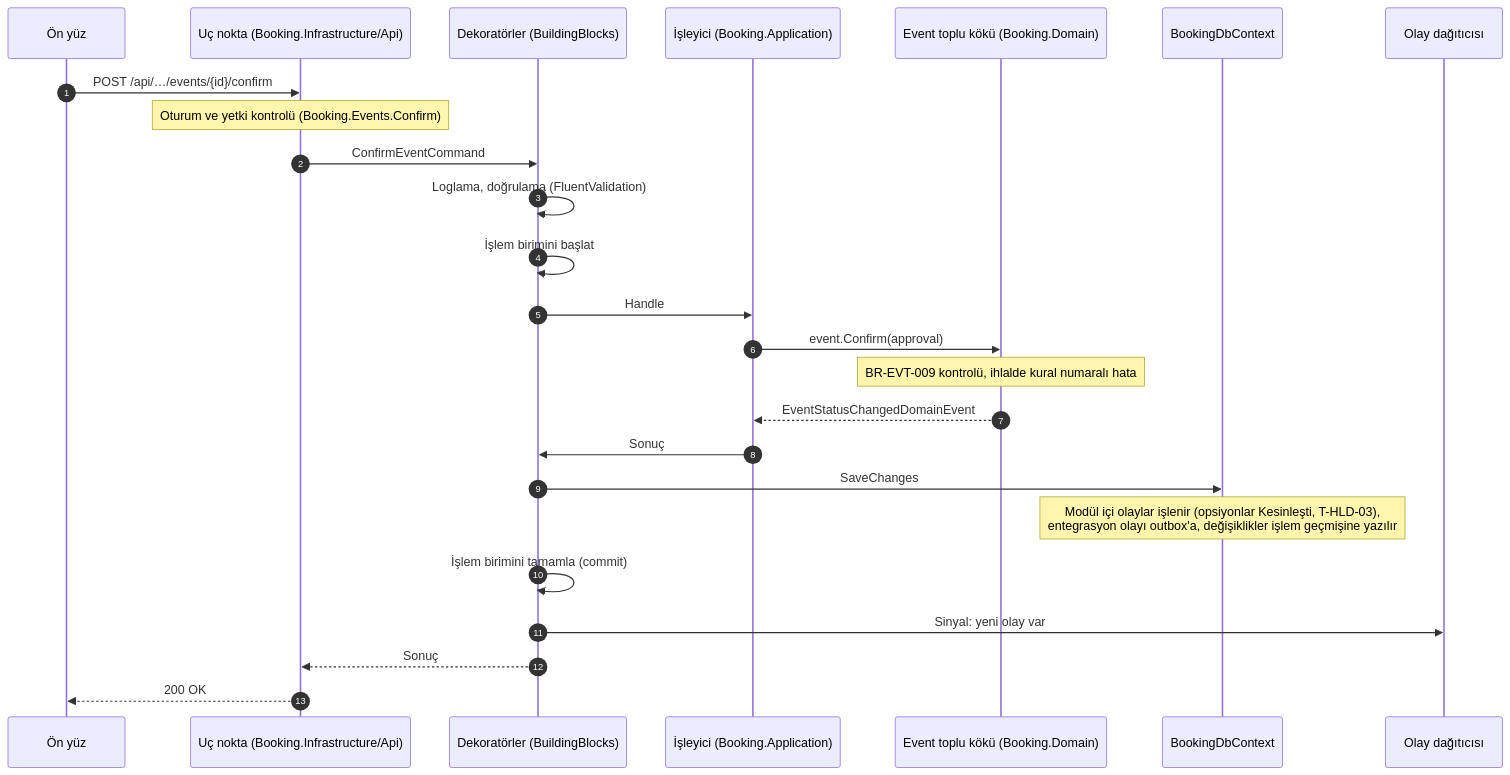
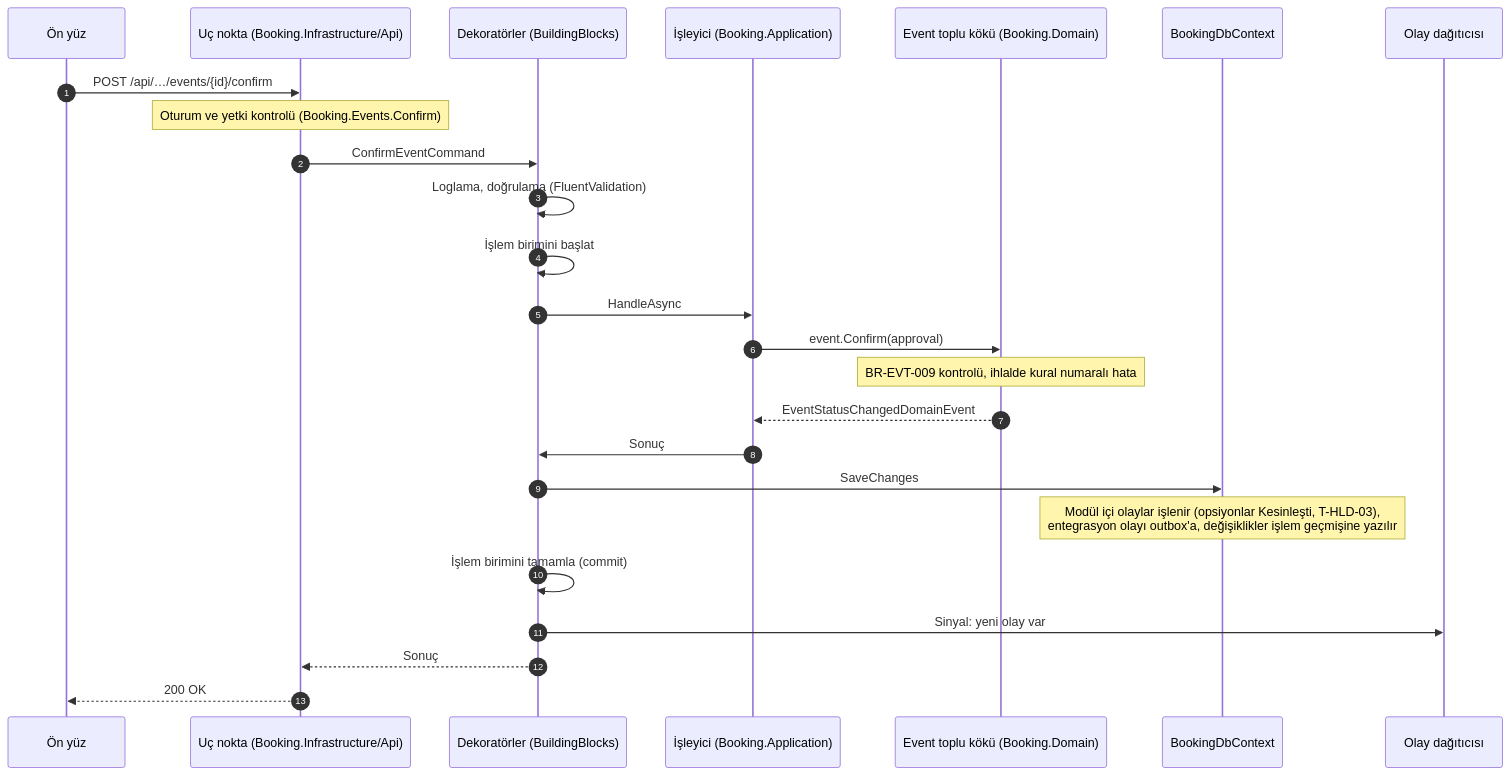
The second of 3 diagrams in docs/08-architecture.md (htalhakeskin-lgtm/etkinlik-konser-yonetim-sistemi), drawn with Mermaid before and after one commit. The commit also changed other lines of this file and 9 other files, not shown here.

````diff
--- a/docs/08-architecture.md
+++ b/docs/08-architecture.md
@@ -269,28 +269,28 @@
 ```mermaid
 sequenceDiagram
     autonumber
     participant UI as Ön yüz
     participant EP as Uç nokta (Booking.Infrastructure/Api)
     participant PIPE as Dekoratörler (BuildingBlocks)
     participant H as İşleyici (Booking.Application)
     participant D as Event toplu kökü (Booking.Domain)
     participant DB as BookingDbContext
     participant OB as Olay dağıtıcısı
 
     UI->>EP: POST /api/…/events/{id}/confirm
     Note over EP: Oturum ve yetki kontrolü (Booking.Events.Confirm)
     EP->>PIPE: ConfirmEventCommand
     PIPE->>PIPE: Loglama, doğrulama (FluentValidation)
     PIPE->>PIPE: İşlem birimini başlat
-    PIPE->>H: Handle
+    PIPE->>H: HandleAsync
     H->>D: event.Confirm(approval)
     Note over D: BR-EVT-009 kontrolü, ihlalde kural numaralı hata
     D-->>H: EventStatusChangedDomainEvent
     H->>PIPE: Sonuç
     PIPE->>DB: SaveChanges
     Note over DB: Modül içi olaylar işlenir (opsiyonlar Kesinleşti, T-HLD-03),<br/>entegrasyon olayı outbox'a, değişiklikler işlem geçmişine yazılır
     PIPE->>PIPE: İşlem birimini tamamla (commit)
     PIPE->>OB: Sinyal: yeni olay var
     PIPE-->>EP: Sonuç
     EP-->>UI: 200 OK
 ```
````
